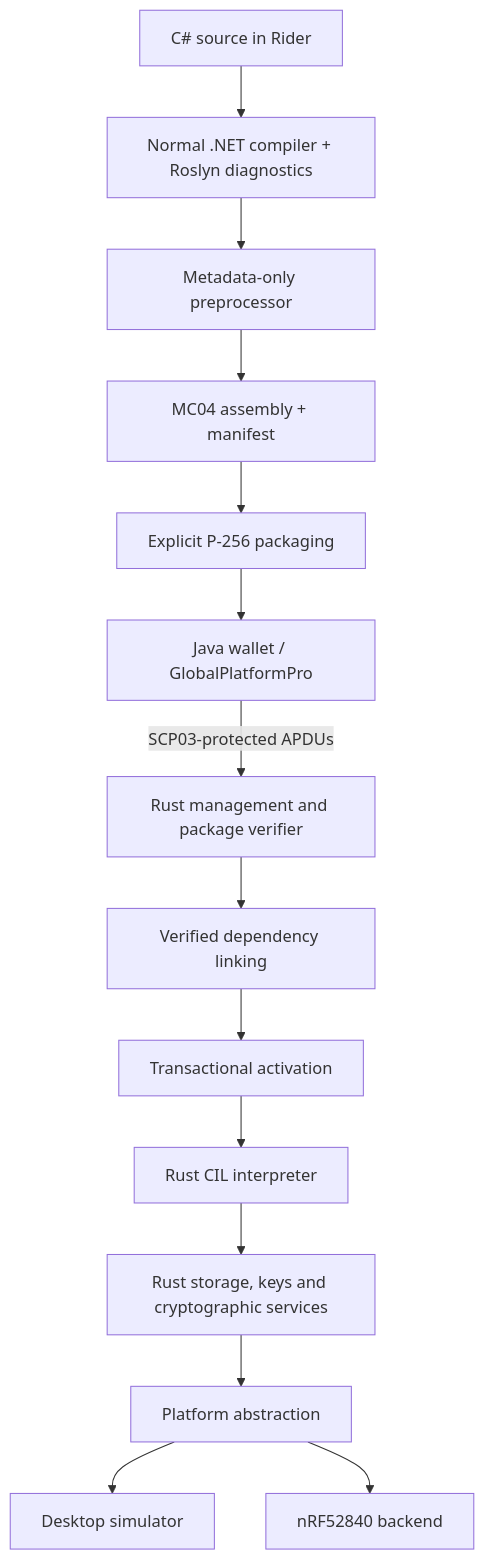
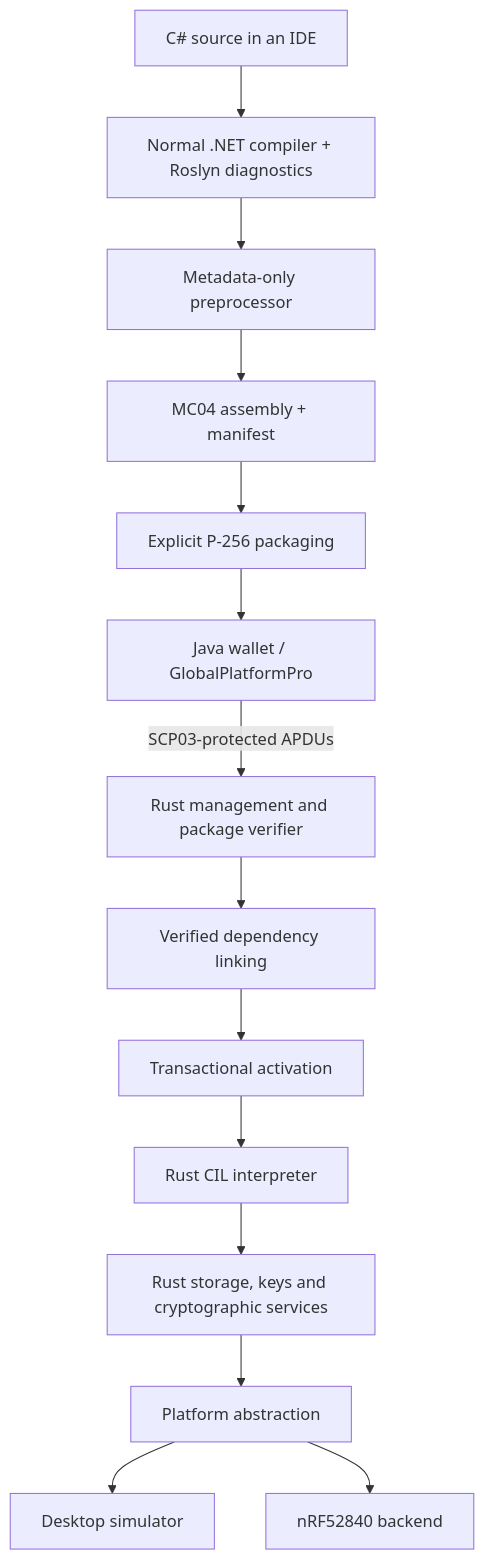
Before and after one commit to mistial-dev/MicroCard: the first of 3 diagrams in docs/ARCHITECTURE.md, drawn with Mermaid. The commit also changed other lines of this file and 15 other files, not shown here.

````diff
--- a/docs/ARCHITECTURE.md
+++ b/docs/ARCHITECTURE.md
@@ -22,16 +22,16 @@
 ```mermaid
 flowchart TB
-    CSharp[C# source in Rider] --> Compiler[Normal .NET compiler + Roslyn diagnostics]
+    CSharp[C# source in an IDE] --> Compiler[Normal .NET compiler + Roslyn diagnostics]
     Compiler --> Reducer[Metadata-only preprocessor]
     Reducer --> Image[MC04 assembly + manifest]
     Image --> Signer[Explicit P-256 packaging]
     Signer --> Client[Java wallet / GlobalPlatformPro]
     Client -->|SCP03-protected APDUs| Management[Rust management and package verifier]
     Management --> Linker[Verified dependency linking]
     Linker --> Activation[Transactional activation]
     Activation --> VM[Rust CIL interpreter]
     VM --> Services[Rust storage, keys and cryptographic services]
     Services --> HAL[Platform abstraction]
     HAL --> Simulator[Desktop simulator]
     HAL --> Nordic[nRF52840 backend]
 ```
````
